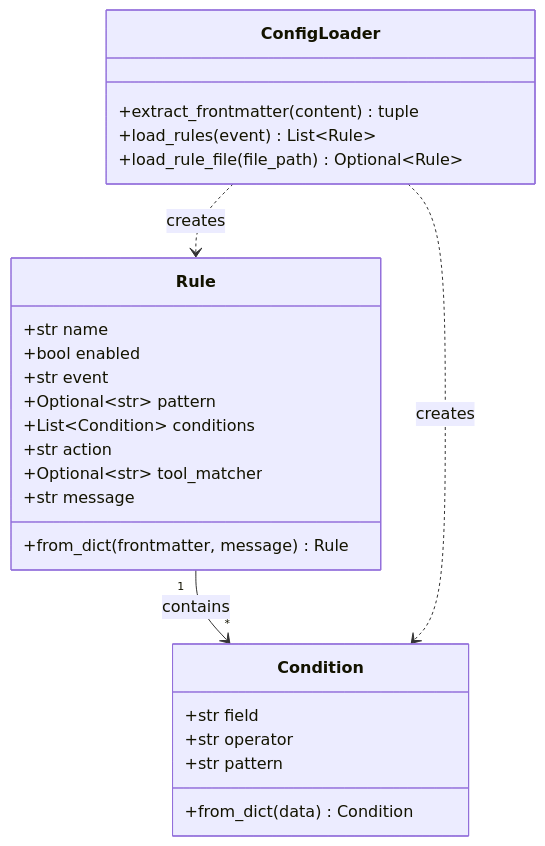
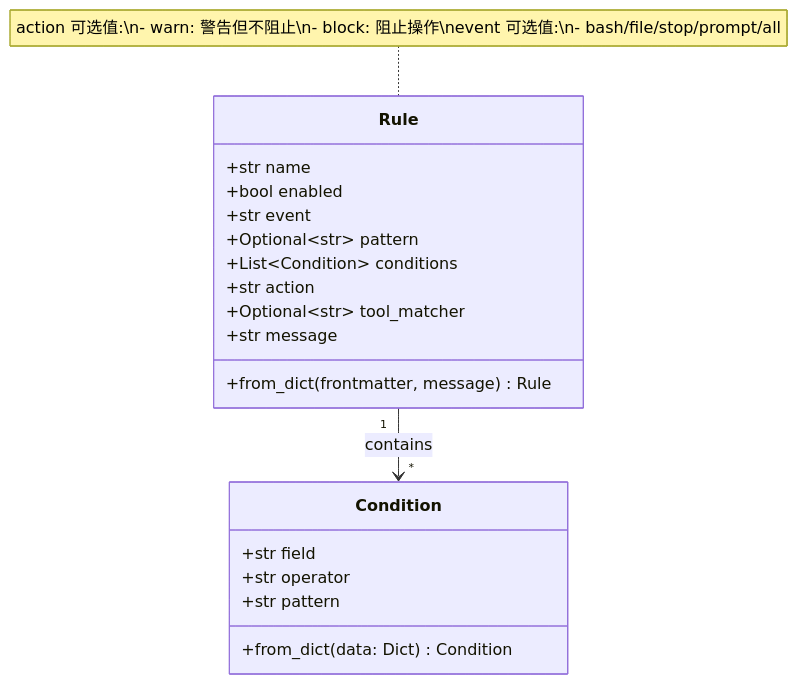
The fifth of 17 diagrams in docs/technical_design.md (zhangzqhn/claude-code), drawn with Mermaid before and after one commit. The commit also changed other lines of this file, not shown here.

````diff
--- a/docs/technical_design.md
+++ b/docs/technical_design.md
@@ -159,32 +544,25 @@
 ```mermaid
 classDiagram
     class Condition {
         +str field
         +str operator
         +str pattern
-        +from_dict(data) Condition
+        +from_dict(data: Dict) Condition
     }
 
     class Rule {
         +str name
         +bool enabled
         +str event
         +Optional~str~ pattern
         +List~Condition~ conditions
         +str action
         +Optional~str~ tool_matcher
         +str message
         +from_dict(frontmatter, message) Rule
     }
 
     Rule "1" --> "*" Condition : contains
 
-    class ConfigLoader {
-        +extract_frontmatter(content) tuple
-        +load_rules(event) List~Rule~
-        +load_rule_file(file_path) Optional~Rule~
-    }
-
-    ConfigLoader ..> Rule : creates
-    ConfigLoader ..> Condition : creates
+    note for Rule "action 可选值:\n- warn: 警告但不阻止\n- block: 阻止操作\nevent 可选值:\n- bash/file/stop/prompt/all"
 ```
````
